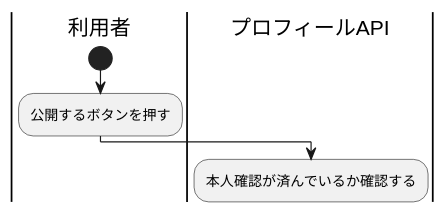
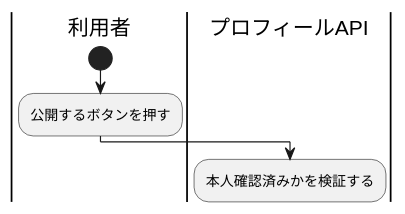
Before and after one commit to masamasamasato/design-doc-template: the diagram in README.md, drawn with PlantUML. The commit also changed other lines of this file and 113 other files, not shown here.

````diff
--- a/README.md
+++ b/README.md
@@ -147,7 +147,7 @@
 ```plantuml
 |利用者|
 start
 :公開するボタンを押す;
 |プロフィールAPI|
-:本人確認が済んでいるか確認する;
+:本人確認済みかを検証する;
 ```
````
